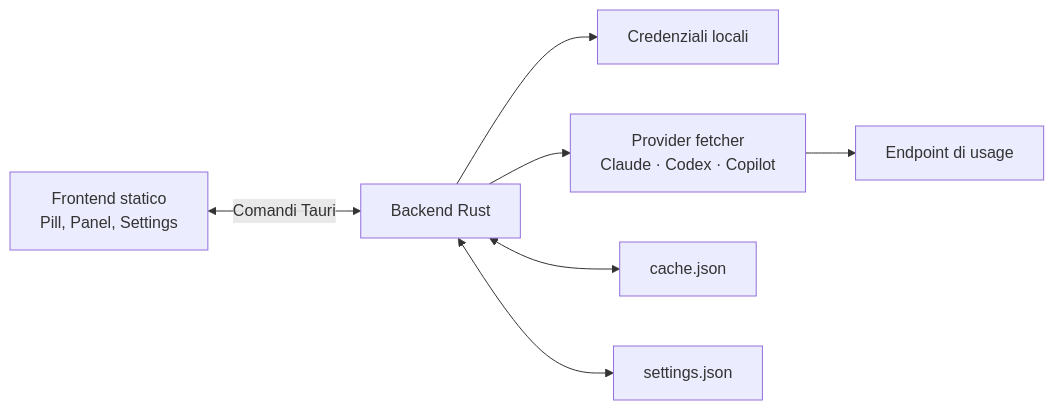
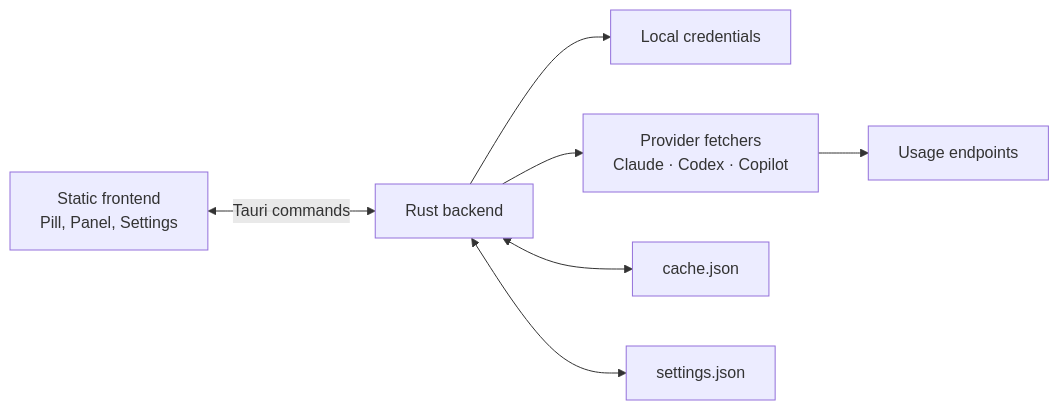
One commit to sabhalo/ai-usage-notch changed the diagram in README.md. Above: the diagram before and after it, drawn with Mermaid. The commit also changed other lines of this file, not shown here.

````diff
--- a/README.md
+++ b/README.md
@@ -243,9 +176,9 @@
 ```mermaid
 flowchart LR
-    UI[Frontend statico<br/>Pill, Panel, Settings] <-->|Comandi Tauri| APP[Backend Rust]
-    APP --> CREDS[Credenziali locali]
-    APP --> PROVIDERS[Provider fetcher<br/>Claude · Codex · Copilot]
-    PROVIDERS --> APIS[Endpoint di usage]
+    UI[Static frontend<br/>Pill, Panel, Settings] <-->|Tauri commands| APP[Rust backend]
+    APP --> CREDS[Local credentials]
+    APP --> PROVIDERS[Provider fetchers<br/>Claude · Codex · Copilot]
+    PROVIDERS --> APIS[Usage endpoints]
     APP <--> CACHE[cache.json]
     APP <--> SETTINGS[settings.json]
 ```
````
